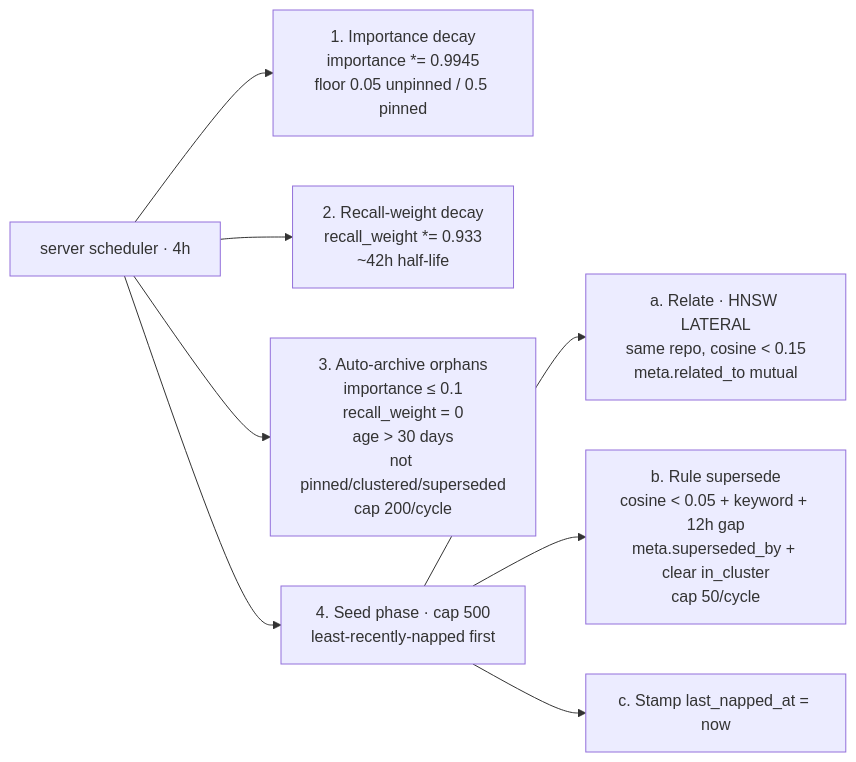
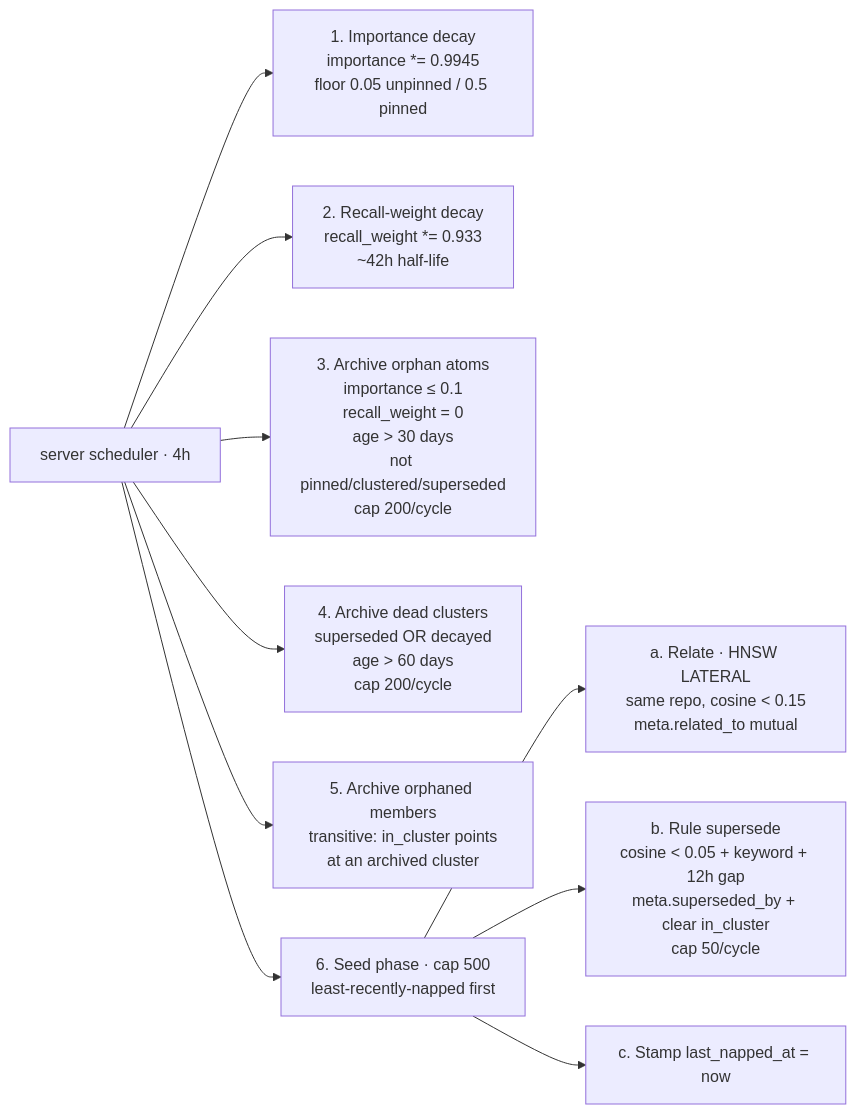
Before and after one commit to j10ra/mneme: the diagram in docs/workers/nap.md, drawn with Mermaid. The commit also changed other lines of this file and 7 other files, not shown here.

````diff
--- a/docs/workers/nap.md
+++ b/docs/workers/nap.md
@@ -41,10 +45,12 @@
 ```mermaid
 flowchart LR
     A[server scheduler · 4h] --> B[1. Importance decay<br/>importance *= 0.9945<br/>floor 0.05 unpinned / 0.5 pinned]
     A --> C[2. Recall-weight decay<br/>recall_weight *= 0.933<br/>~42h half-life]
-    A --> D[3. Auto-archive orphans<br/>importance ≤ 0.1<br/>recall_weight = 0<br/>age > 30 days<br/>not pinned/clustered/superseded<br/>cap 200/cycle]
-    A --> E[4. Seed phase · cap 500<br/>least-recently-napped first]
+    A --> D[3. Archive orphan atoms<br/>importance ≤ 0.1<br/>recall_weight = 0<br/>age > 30 days<br/>not pinned/clustered/superseded<br/>cap 200/cycle]
+    A --> D2[4. Archive dead clusters<br/>superseded OR decayed<br/>age > 60 days<br/>cap 200/cycle]
+    A --> D3[5. Archive orphaned members<br/>transitive: in_cluster points<br/>at an archived cluster]
+    A --> E[6. Seed phase · cap 500<br/>least-recently-napped first]
     E --> F[a. Relate · HNSW LATERAL<br/>same repo, cosine < 0.15<br/>meta.related_to mutual]
     E --> G[b. Rule supersede<br/>cosine < 0.05 + keyword + 12h gap<br/>meta.superseded_by + clear in_cluster<br/>cap 50/cycle]
     E --> H[c. Stamp last_napped_at = now]
 ```
````
